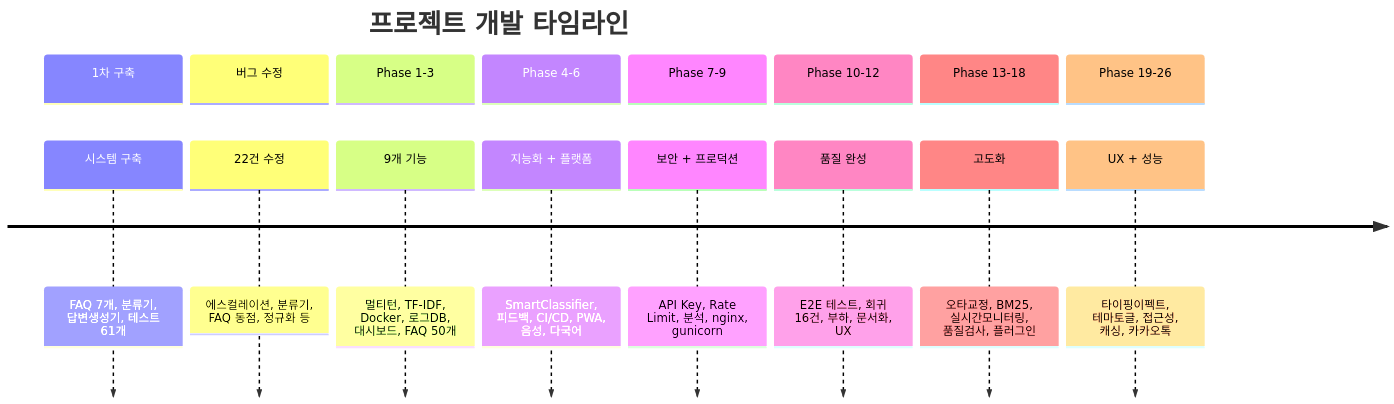
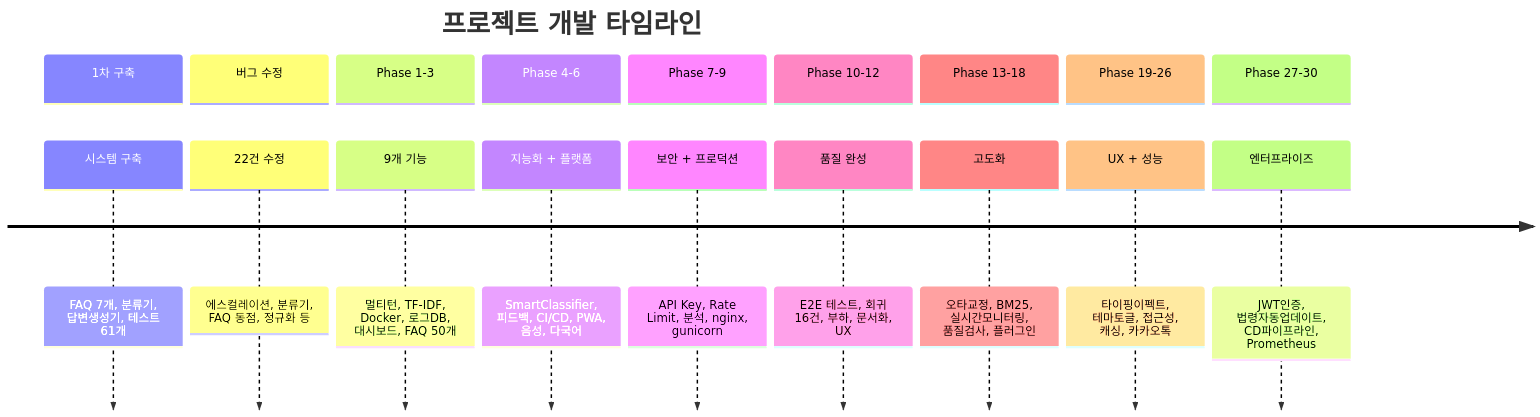
One commit to sun475300-sudo/bosebot changed the sixth of 6 diagrams in README.md. Above: the diagram before and after it, drawn with Mermaid. The commit also changed other lines of this file, not shown here.

First line of the commit message:
docs: README v6.0.0 전면 업데이트 - Phase 27-30 반영

````diff
--- a/README.md
+++ b/README.md
@@ -388,20 +422,22 @@
 ```mermaid
 timeline
     title 프로젝트 개발 타임라인
     section 1차 구축
         시스템 구축 : FAQ 7개, 분류기, 답변생성기, 테스트 61개
     section 버그 수정
         22건 수정 : 에스컬레이션, 분류기, FAQ 동점, 정규화 등
     section Phase 1-3
         9개 기능 : 멀티턴, TF-IDF, Docker, 로그DB, 대시보드, FAQ 50개
     section Phase 4-6
         지능화 + 플랫폼 : SmartClassifier, 피드백, CI/CD, PWA, 음성, 다국어
     section Phase 7-9
         보안 + 프로덕션 : API Key, Rate Limit, 분석, nginx, gunicorn
     section Phase 10-12
         품질 완성 : E2E 테스트, 회귀 16건, 부하, 문서화, UX
     section Phase 13-18
         고도화 : 오타교정, BM25, 실시간모니터링, 품질검사, 플러그인
     section Phase 19-26
         UX + 성능 : 타이핑이펙트, 테마토글, 접근성, 캐싱, 카카오톡
+    section Phase 27-30
+        엔터프라이즈 : JWT인증, 법령자동업데이트, CD파이프라인, Prometheus
 ```
````
